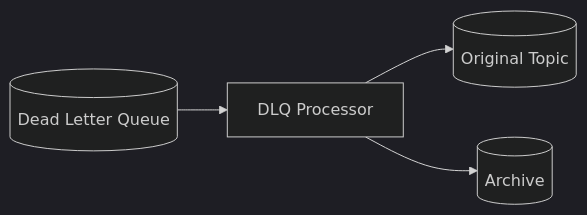
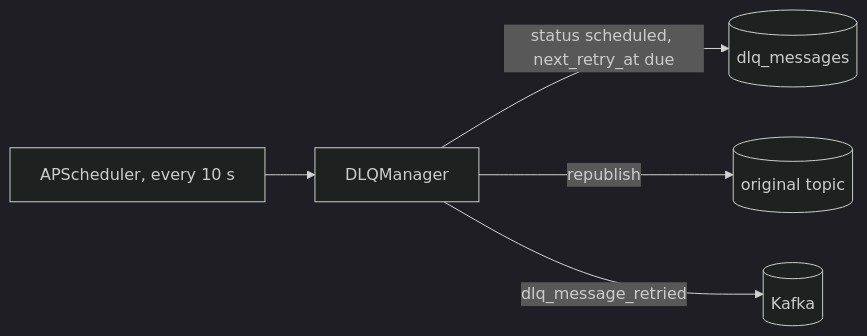
One commit to HardMax71/Integr8sCode changed the diagram in docs/components/workers/dlq_processor.md. Above: the diagram before and after it, drawn with Mermaid (dark theme). The commit also changed other lines of this file and 304 other files, not shown here.

````diff
--- a/docs/components/workers/dlq_processor.md
+++ b/docs/components/workers/dlq_processor.md
@@ -8,6 +5,7 @@
 ```mermaid
 graph LR
-    DLQ[(Dead Letter Queue)] --> Processor[DLQ Processor]
-    Processor --> Original[(Original Topic)]
-    Processor --> Archive[(Archive)]
+    Scheduler[APScheduler, every 10 s] --> Manager[DLQManager]
+    Manager -->|status scheduled, next_retry_at due| Mongo[(dlq_messages)]
+    Manager -->|republish| Original[(original topic)]
+    Manager -->|dlq_message_retried| Kafka[(Kafka)]
 ```
````
